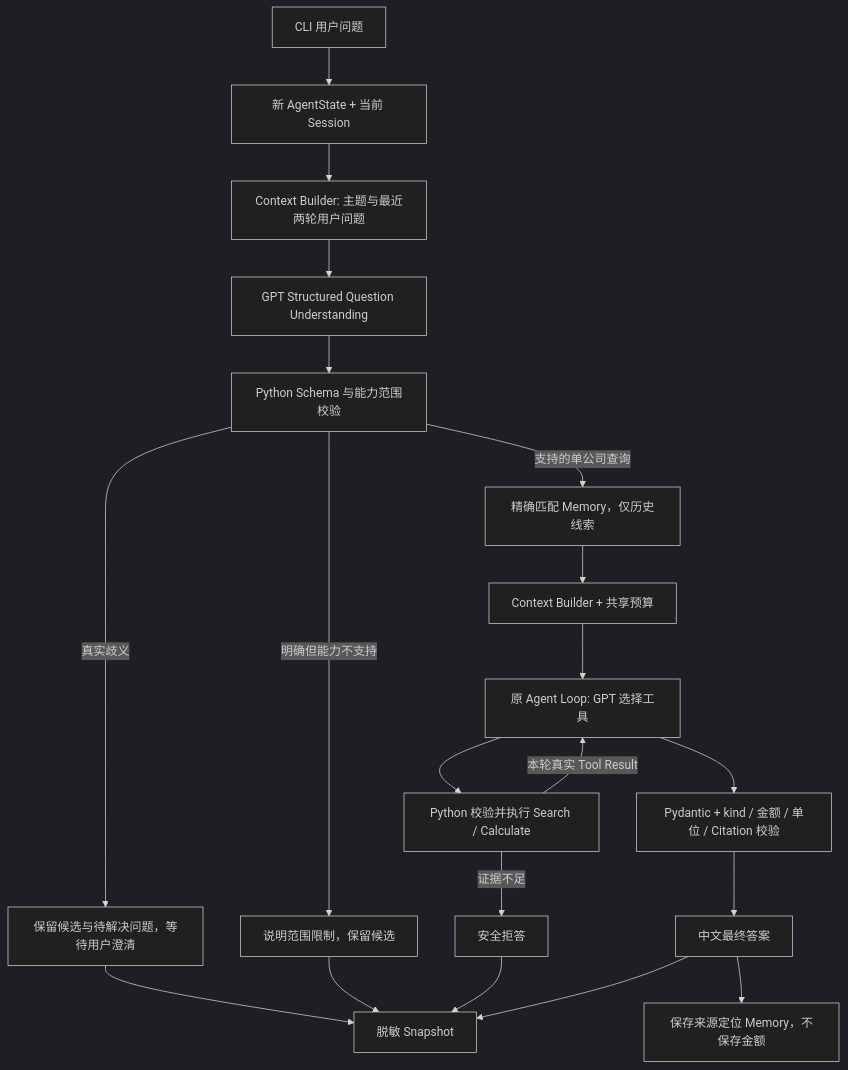
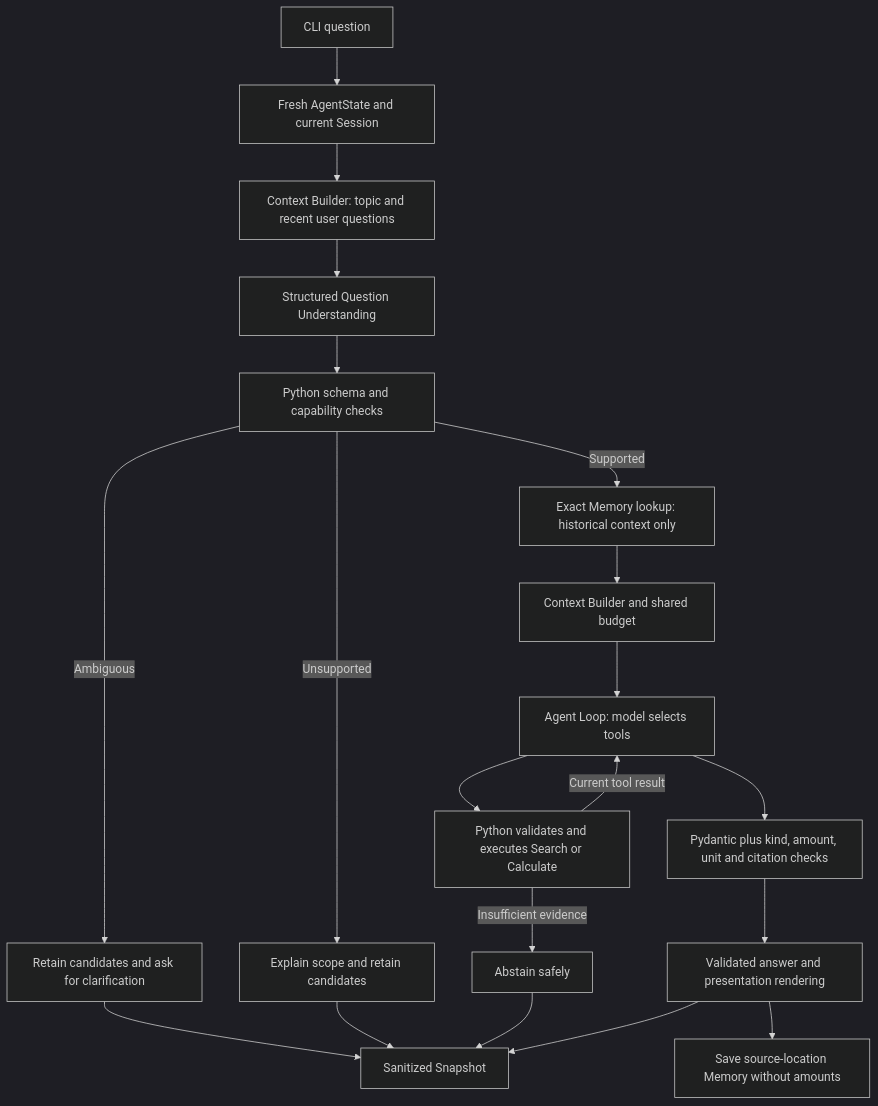
One commit to samhuyc/mscf-doc-parsing-capstone changed the diagram in people/oli2/financial_research_tool_calling/README.md. Above: the diagram before and after it, drawn with Mermaid (dark theme). The commit also changed other lines of this file and 8 other files, not shown here.

````diff
--- a/people/oli2/financial_research_tool_calling/README.md
+++ b/people/oli2/financial_research_tool_calling/README.md
@@ -44,22 +63,22 @@
 ```mermaid
 flowchart TD
-    U[CLI 用户问题] --> S[新 AgentState + 当前 Session]
-    S --> C[Context Builder: 主题与最近两轮用户问题]
-    C --> G[GPT Structured Question Understanding]
-    G --> P[Python Schema 与能力范围校验]
-    P -->|真实歧义| A[保留候选与待解决问题，等待用户澄清]
-    P -->|明确但能力不支持| X[说明范围限制，保留候选]
-    P -->|支持的单公司查询| M[精确匹配 Memory，仅历史线索]
-    M --> B[Context Builder + 共享预算]
-    B --> L[原 Agent Loop: GPT 选择工具]
-    L --> T[Python 校验并执行 Search / Calculate]
-    T -->|证据不足| N[安全拒答]
-    T -->|本轮真实 Tool Result| L
-    L --> F[Pydantic + kind / 金额 / 单位 / Citation 校验]
-    F --> R[中文最终答案]
-    A --> Z[脱敏 Snapshot]
+    U[CLI question] --> S[Fresh AgentState and current Session]
+    S --> C[Context Builder: topic and recent user questions]
+    C --> G[Structured Question Understanding]
+    G --> P[Python schema and capability checks]
+    P -->|Ambiguous| A[Retain candidates and ask for clarification]
+    P -->|Unsupported| X[Explain scope and retain candidates]
+    P -->|Supported| M[Exact Memory lookup: historical context only]
+    M --> B[Context Builder and shared budget]
+    B --> L[Agent Loop: model selects tools]
+    L --> T[Python validates and executes Search or Calculate]
+    T -->|Insufficient evidence| N[Abstain safely]
+    T -->|Current tool result| L
+    L --> F[Pydantic plus kind, amount, unit and citation checks]
+    F --> R[Validated answer and presentation rendering]
+    A --> Z[Sanitized Snapshot]
     X --> Z
     N --> Z
     R --> Z
-    R --> W[保存来源定位 Memory，不保存金额]
+    R --> W[Save source-location Memory without amounts]
 ```
````
